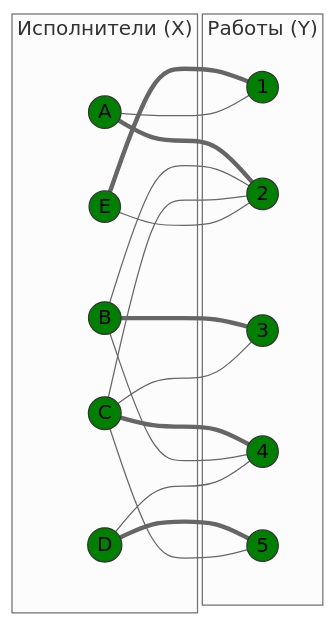
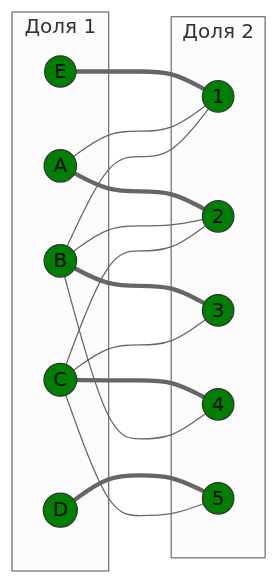
Before and after one commit to algos-ris-24-3/manual-tasks: diagram 11 of 11 in Задание 8/syndicate.md, drawn with Mermaid (neutral theme). The commit also changed other lines of this file, not shown here.

````diff
--- a/Задание 8/syndicate.md
+++ b/Задание 8/syndicate.md
@@ -452,45 +456,44 @@
 ```mermaid
 graph LR
-    subgraph "Исполнители (X)"
+    subgraph "Доля 1"
         A((A))
         B((B))
         C((C))
         D((D))
         E((E))
     end
-    subgraph "Работы (Y)"
+    subgraph "Доля 2"
         1((1))
         2((2))
         3((3))
         4((4))
         5((5))
     end
     
     %% Ребра паросочетания
     A === 2
     B === 3
     C === 4
     D === 5
     E === 1
 
     %% Остальные доступные нулевые ребра
     A --- 1
+    B --- 1
     B --- 2
     B --- 4
     C --- 2
     C --- 3
     C --- 5
-    D --- 4
-    E --- 2
 
     style A fill:#008000,stroke:#333
     style B fill:#008000,stroke:#333
     style C fill:#008000,stroke:#333
     style D fill:#008000,stroke:#333
     style E fill:#008000,stroke:#333
     style 1 fill:#008000,stroke:#333
     style 2 fill:#008000,stroke:#333
     style 3 fill:#008000,stroke:#333
     style 4 fill:#008000,stroke:#333
     style 5 fill:#008000,stroke:#333
 ```
````
